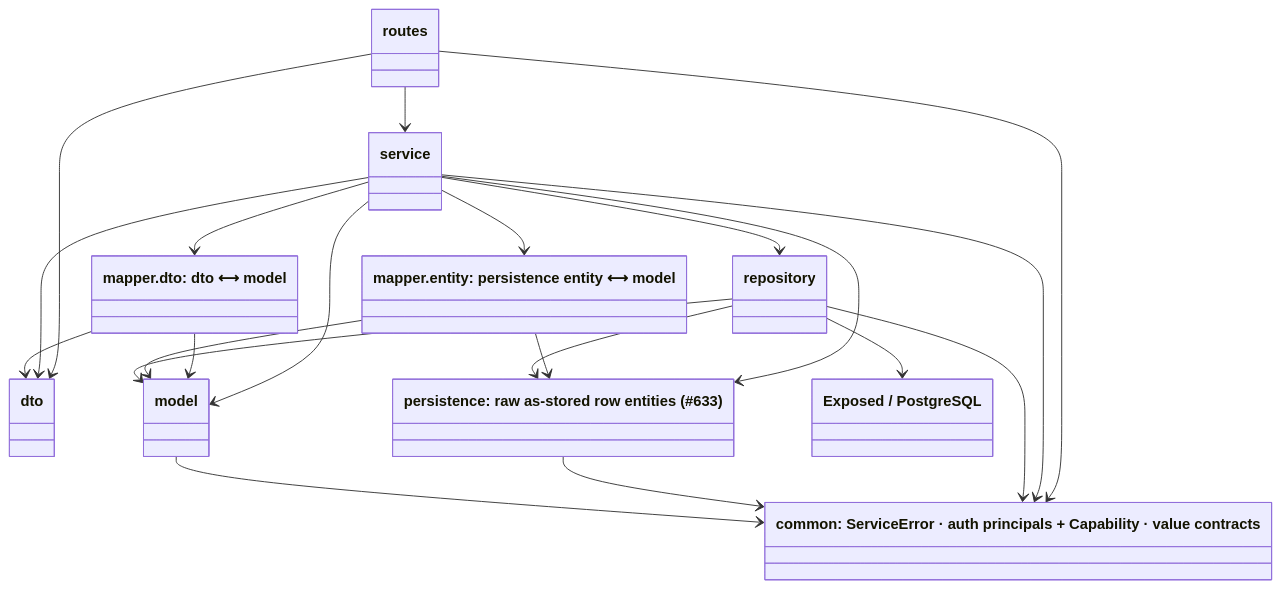
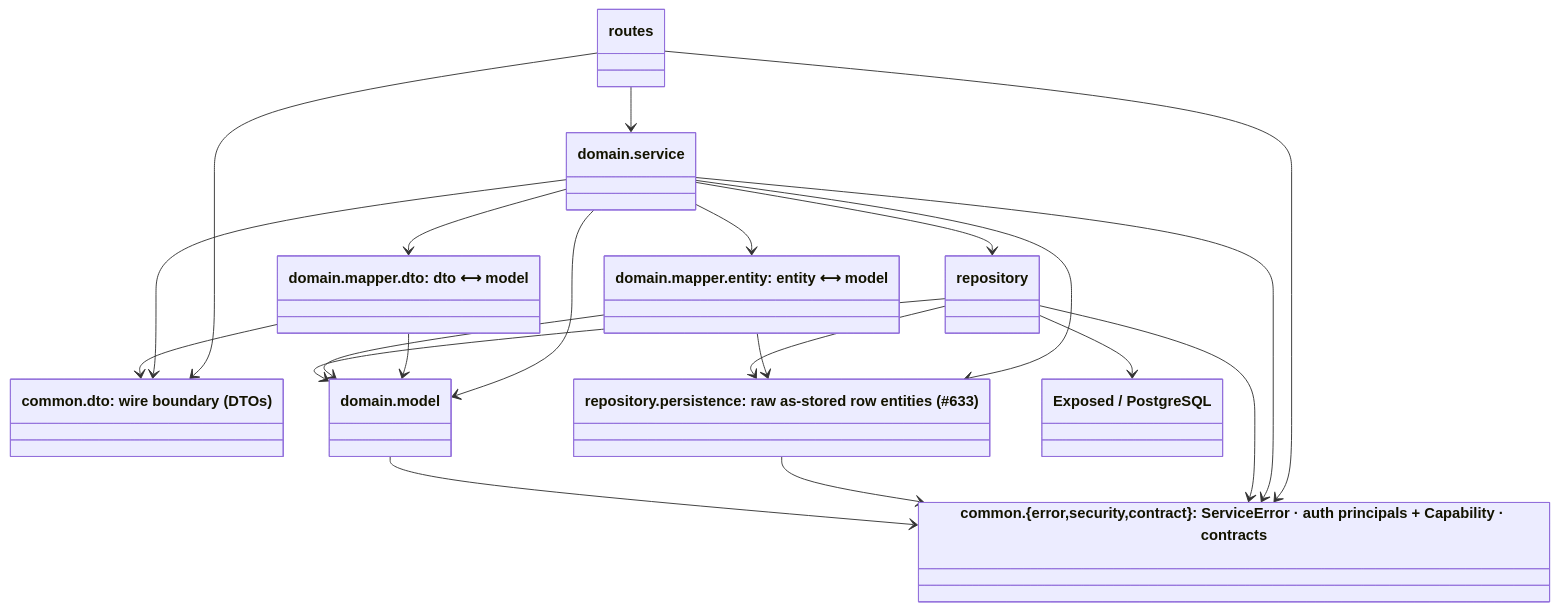
One commit to cybergrouch/skopeo changed the first of 4 diagrams in docs/engineering/architecture/BACKEND_ARCHITECTURE.md. Above: the diagram before and after it, drawn with Mermaid. The commit also changed other lines of this file and 190 other files, not shown here.

First line of the commit message:
refactor: move dto package under common (org.skopeo.common.dto)

````diff
--- a/docs/engineering/architecture/BACKEND_ARCHITECTURE.md
+++ b/docs/engineering/architecture/BACKEND_ARCHITECTURE.md
@@ -123,33 +126,33 @@
 ```mermaid
 classDiagram
-    class routes
-    class service
-    class mapperDto["mapper.dto: dto ⟷ model"]
-    class mapperEntity["mapper.entity: persistence entity ⟷ model"]
-    class repository
-    class dto
-    class model
-    class persistence["persistence: raw as-stored row entities (#633)"]
-    class common["common: ServiceError · auth principals + Capability · value contracts"]
+    class routes["routes"]
+    class service["domain.service"]
+    class mapperDto["domain.mapper.dto: dto ⟷ model"]
+    class mapperEntity["domain.mapper.entity: entity ⟷ model"]
+    class repository["repository"]
+    class dto["common.dto: wire boundary (DTOs)"]
+    class model["domain.model"]
+    class persistence["repository.persistence: raw as-stored row entities (#633)"]
+    class common["common.{error,security,contract}: ServiceError · auth principals + Capability · contracts"]
     class DB["Exposed / PostgreSQL"]
     routes --> service
     routes --> dto
     routes --> common
     service --> repository
     service --> mapperDto
     service --> mapperEntity
     service --> dto
     service --> model
     service --> persistence
     service --> common
     mapperDto --> dto
     mapperDto --> model
     mapperEntity --> persistence
     mapperEntity --> model
     repository --> persistence
     repository --> model
     repository --> common
     persistence --> common
     model --> common
     repository --> DB
 ```
````
